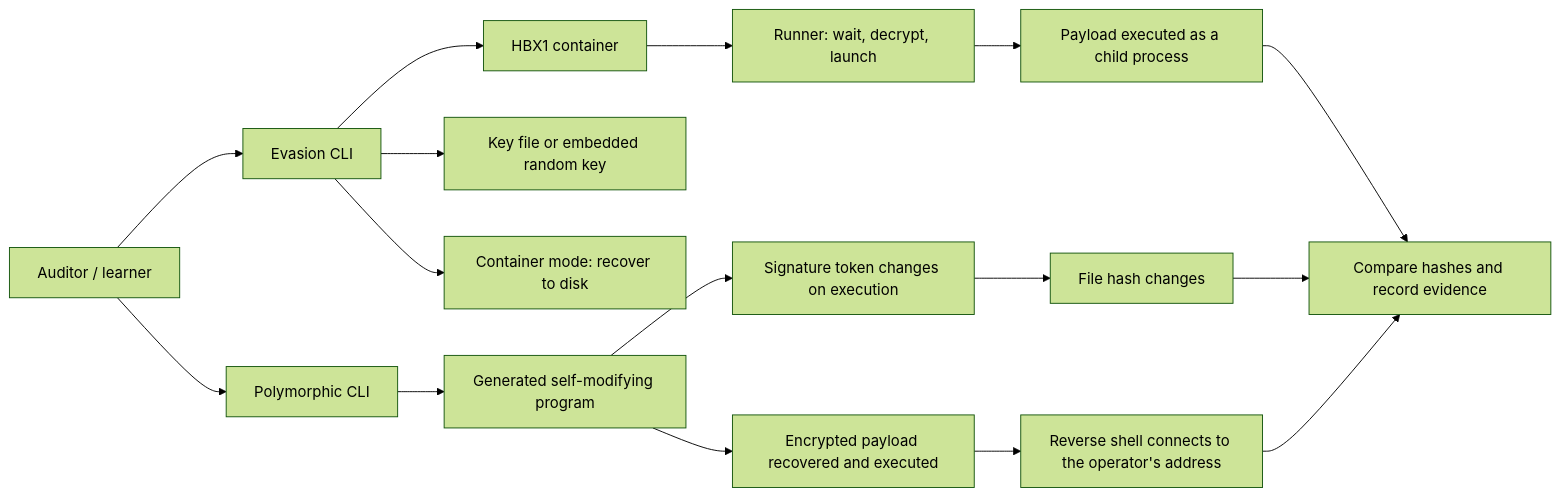
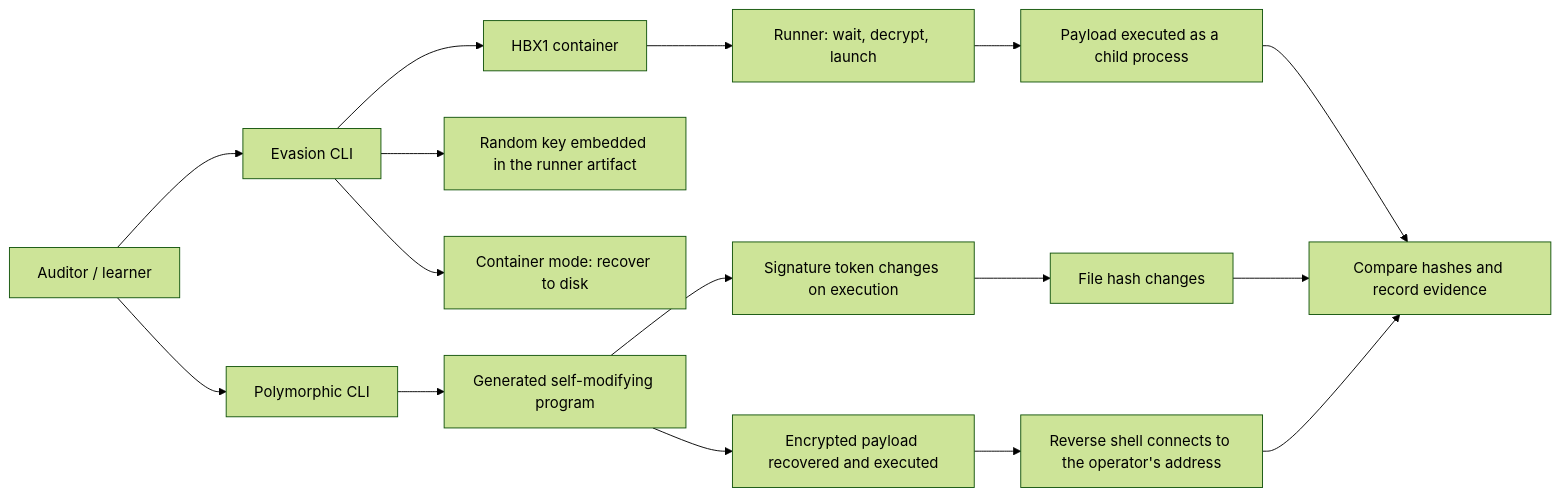
Before and after one commit to fahdaguenouz/hidden-bytes: the eighth of 8 diagrams in README.md, drawn with Mermaid (forest theme). The commit also changed other lines of this file and 1 other file, not shown here.

````diff
--- a/README.md
+++ b/README.md
@@ -1262,18 +1271,18 @@
 ```mermaid
 flowchart LR
     U[Auditor / learner] --> E[Evasion CLI]
     U --> P[Polymorphic CLI]
     E --> H[HBX1 container]
-    E --> K[Key file or embedded random key]
+    E --> K[Random key embedded in the runner artifact]
     H --> R[Runner: wait, decrypt, launch]
     R --> O[Payload executed as a child process]
     E --> R2[Container mode: recover to disk]
     P --> S[Generated self-modifying program]
     S --> V[Signature token changes on execution]
     V --> X[File hash changes]
     S --> Y[Encrypted payload recovered and executed]
     Y --> Z[Reverse shell connects to the operator's address]
     O --> D[Compare hashes and record evidence]
     X --> D
     Z --> D
 ```
````
